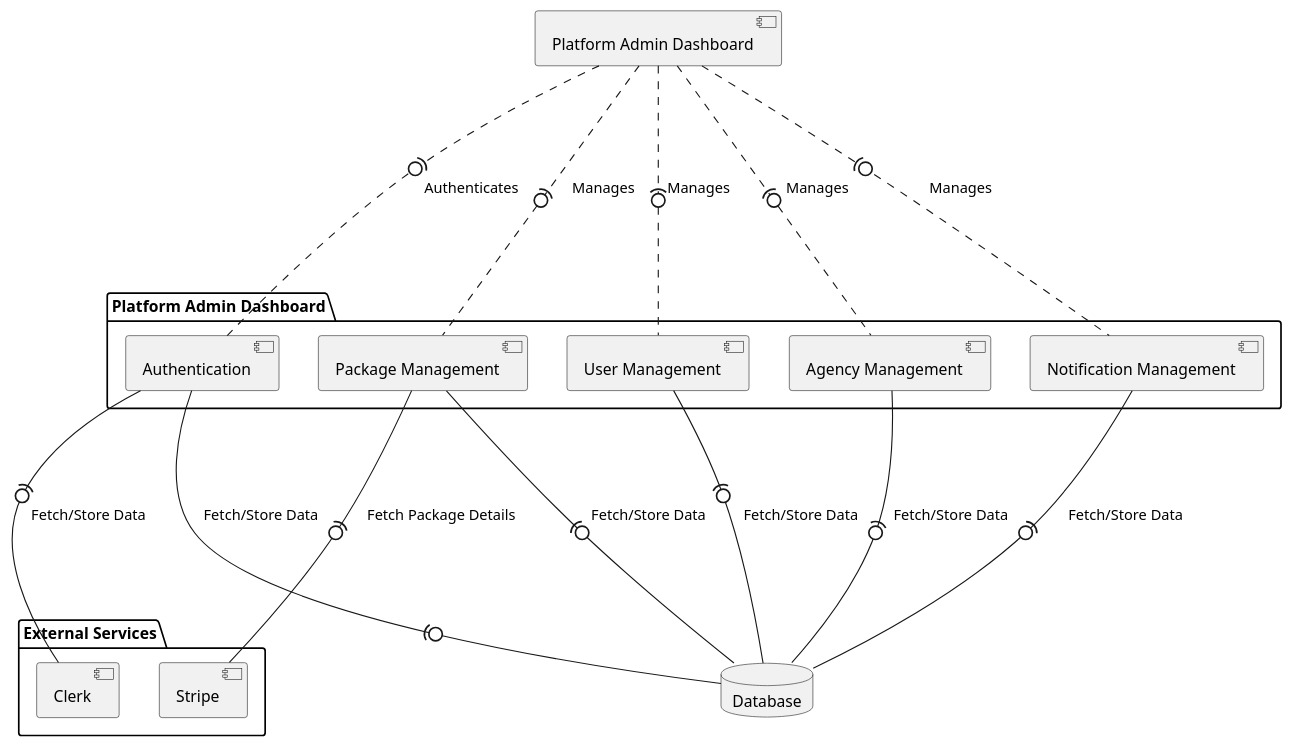
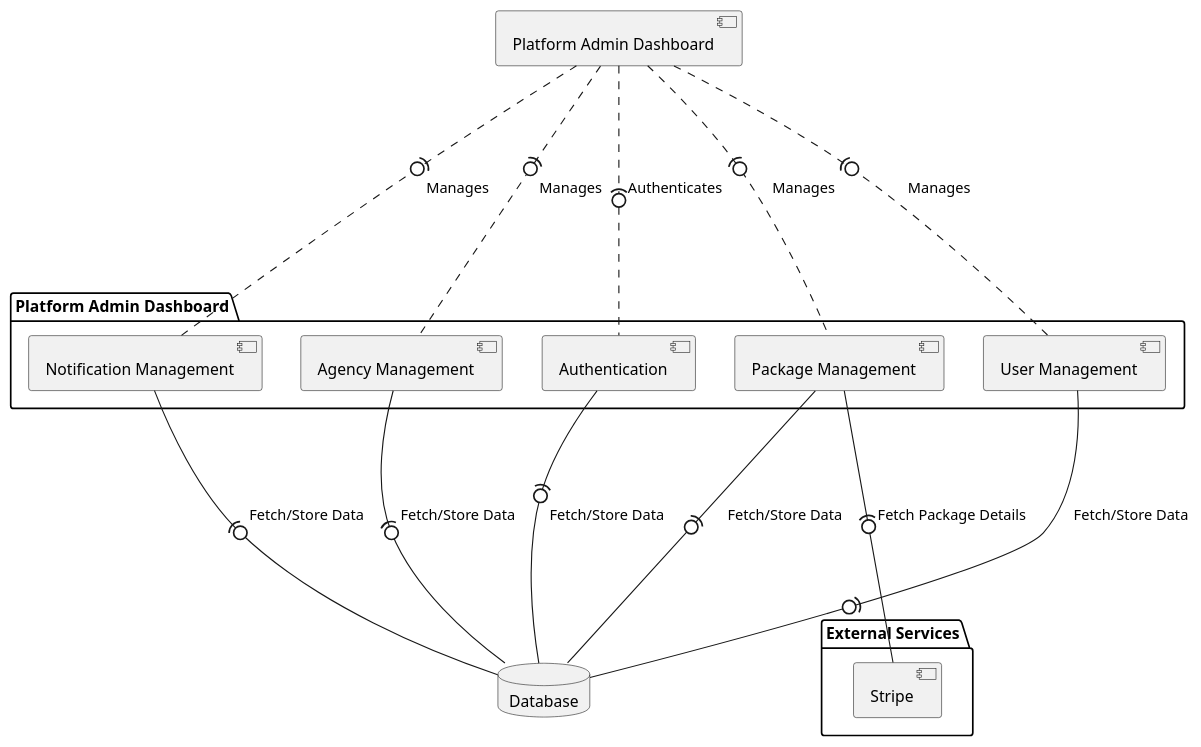
Before and after one commit to phyziyx/luminae: the diagram in documentation/component-diagram/admin.puml, drawn with PlantUML. The commit also changed 181 other files, not shown here.

```diff
--- a/documentation/component-diagram/admin.puml
+++ b/documentation/component-diagram/admin.puml
@@ -1,33 +1,31 @@
-@startuml
+@startuml admin
 component "Platform Admin Dashboard" as PlatformAdmin
 
 package "Platform Admin Dashboard" {
     component "Authentication" as Authentication
     component "Agency Management" as AgencyManagement
     component "Package Management" as SubscriptionManagement
     component "Notification Management" as NotificationManagement
     component "User Management" as UserManagement
 }
 
 database "Database" as DB
 
 package "External Services" {
-  component "Clerk" as Clerk
   component "Stripe" as Stripe
 }
 
 PlatformAdmin ..(0-- Authentication : Authenticates
 PlatformAdmin ..(0-- AgencyManagement : Manages
 PlatformAdmin ..(0-- SubscriptionManagement : Manages
 PlatformAdmin ..(0-- NotificationManagement : Manages
 PlatformAdmin ..(0-- UserManagement : Manages
 
 Authentication --(0-- DB : Fetch/Store Data
-Authentication --(0-- Clerk : Fetch/Store Data
 AgencyManagement --(0-- DB : Fetch/Store Data
 SubscriptionManagement --(0-- DB : Fetch/Store Data
 SubscriptionManagement --(0-- Stripe : Fetch Package Details
 NotificationManagement --(0-- DB : Fetch/Store Data
 UserManagement --(0-- DB : Fetch/Store Data
 
 @enduml
```
